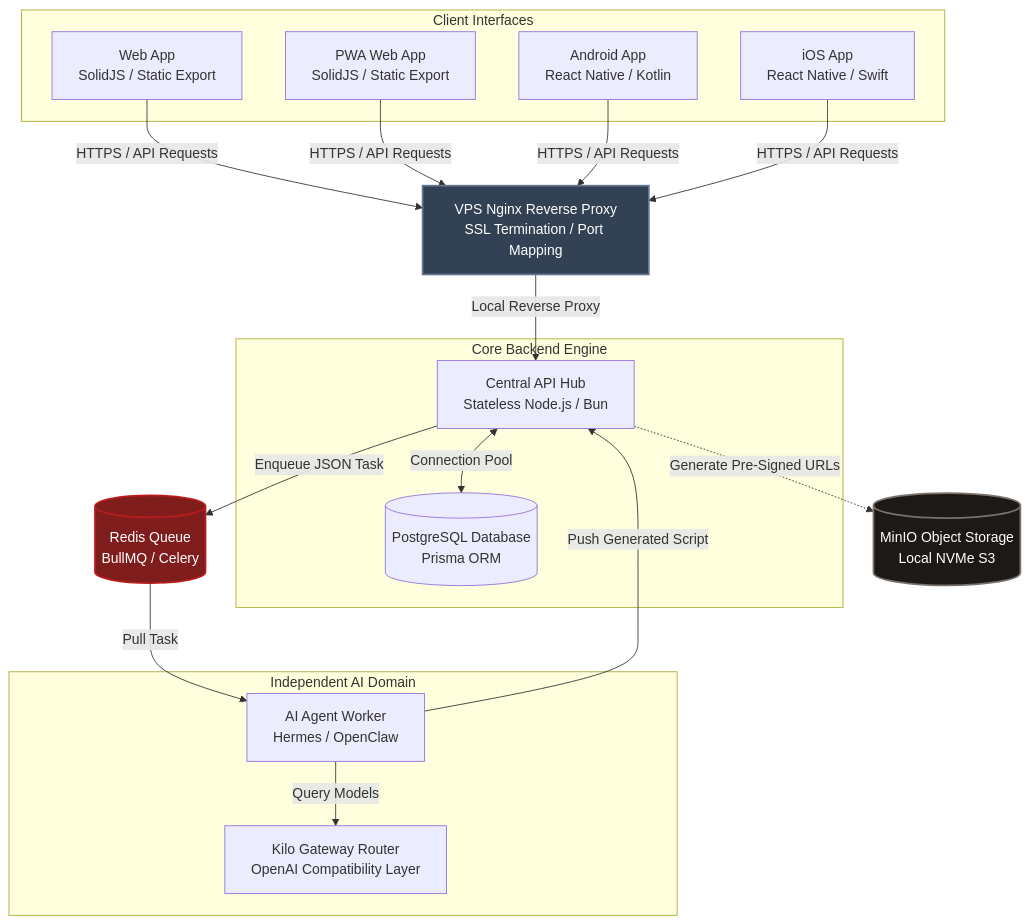
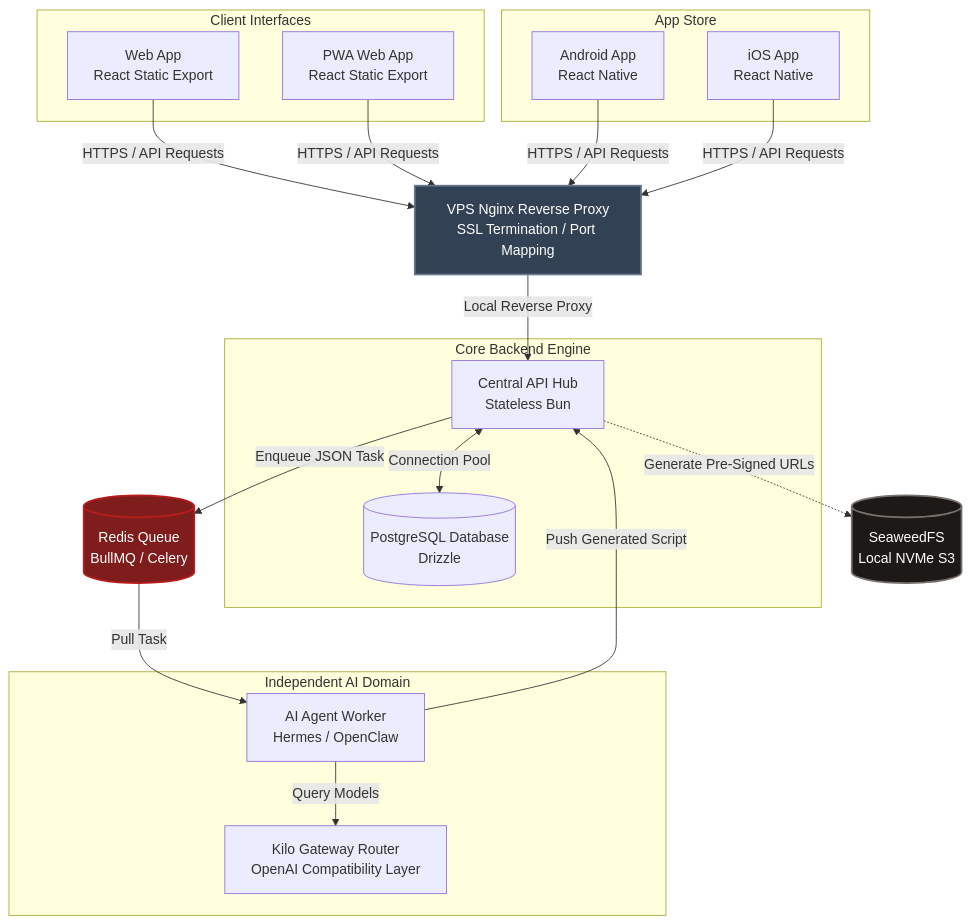
The diagram in README.md (pchilton/chaosfairy), drawn with Mermaid before and after one commit. The commit also changed other lines of this file, not shown here.

Commit message:
starting to update architecture

````diff
--- a/README.md
+++ b/README.md
@@ -5,45 +5,49 @@
 ```mermaid
 graph TD
-    %% Client Tier
+    %% Cloudflare
     subgraph ClientInterfaces [Client Interfaces]
-        Web[Web App<br>SolidJS / Static Export]
-        PWA[PWA Web App<br>SolidJS / Static Export]
-        Android[Android App<br>React Native / Kotlin]
-        iOS[iOS App<br>React Native / Swift]
+        Web[Web App<br>React Static Export]
+        PWA[PWA Web App<br>React Static Export]
+    end
+
+    %% App Store
+    subgraph AppStore [App Store]
+        iOS[iOS App<br>React Native]
+        Android[Android App<br>React Native]
     end
 
     %% Network Entry
     Proxy[VPS Nginx Reverse Proxy<br>SSL Termination / Port Mapping]
 
     %% Core Services
     subgraph CoreBackend [Core Backend Engine]
-        API[Central API Hub<br>Stateless Node.js / Bun]
-        DB[(PostgreSQL Database<br>Prisma ORM)]
+        API[Central API Hub<br>Stateless Bun]
+        DB[(PostgreSQL Database<br>Drizzle)]
     end
 
     Queue[(Redis Queue<br>BullMQ / Celery)]
-    Storage[(MinIO Object Storage<br>Local NVMe S3)]
+    Storage[(SeaweedFS<br>Local NVMe S3)]
 
     %% Isolated AI Execution
     subgraph AIEngine [Independent AI Domain]
         Worker[AI Agent Worker<br>Hermes / OpenClaw]
         Kilo[Kilo Gateway Router<br>OpenAI Compatibility Layer]
     end
 
     %% Traffic Routes
     Web & PWA & Android & iOS -->|HTTPS / API Requests| Proxy
     Proxy -->|Local Reverse Proxy| API
     API <-->|Connection Pool| DB
 
     API -->|Enqueue JSON Task| Queue
     Queue -->|Pull Task| Worker
     Worker -->|Query Models| Kilo
     Worker -->|Push Generated Script| API
 
     API -.->|Generate Pre-Signed URLs| Storage
 
     %% Layout Classes for Styling
     style Proxy fill:#334155,stroke:#64748b,stroke-width:2px,color:#fff
     style Storage fill:#1c1917,stroke:#78716c,stroke-width:2px,color:#fff
     style Queue fill:#7f1d1d,stroke:#b91c1c,stroke-width:2px,color:#fff
 ```
````
